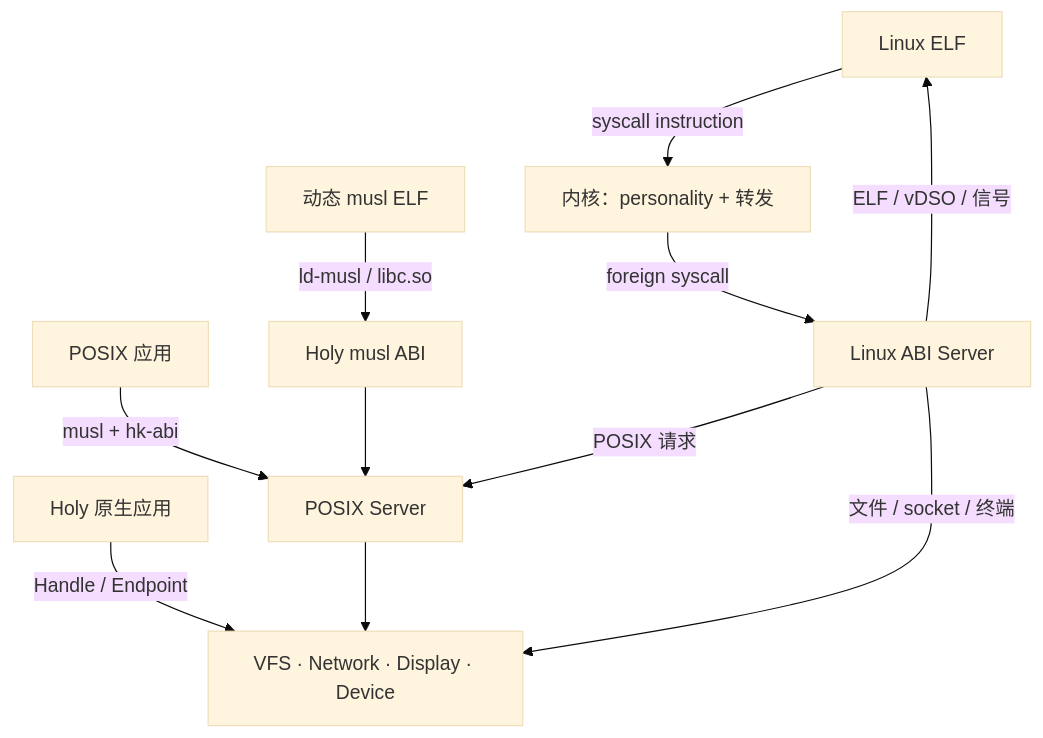
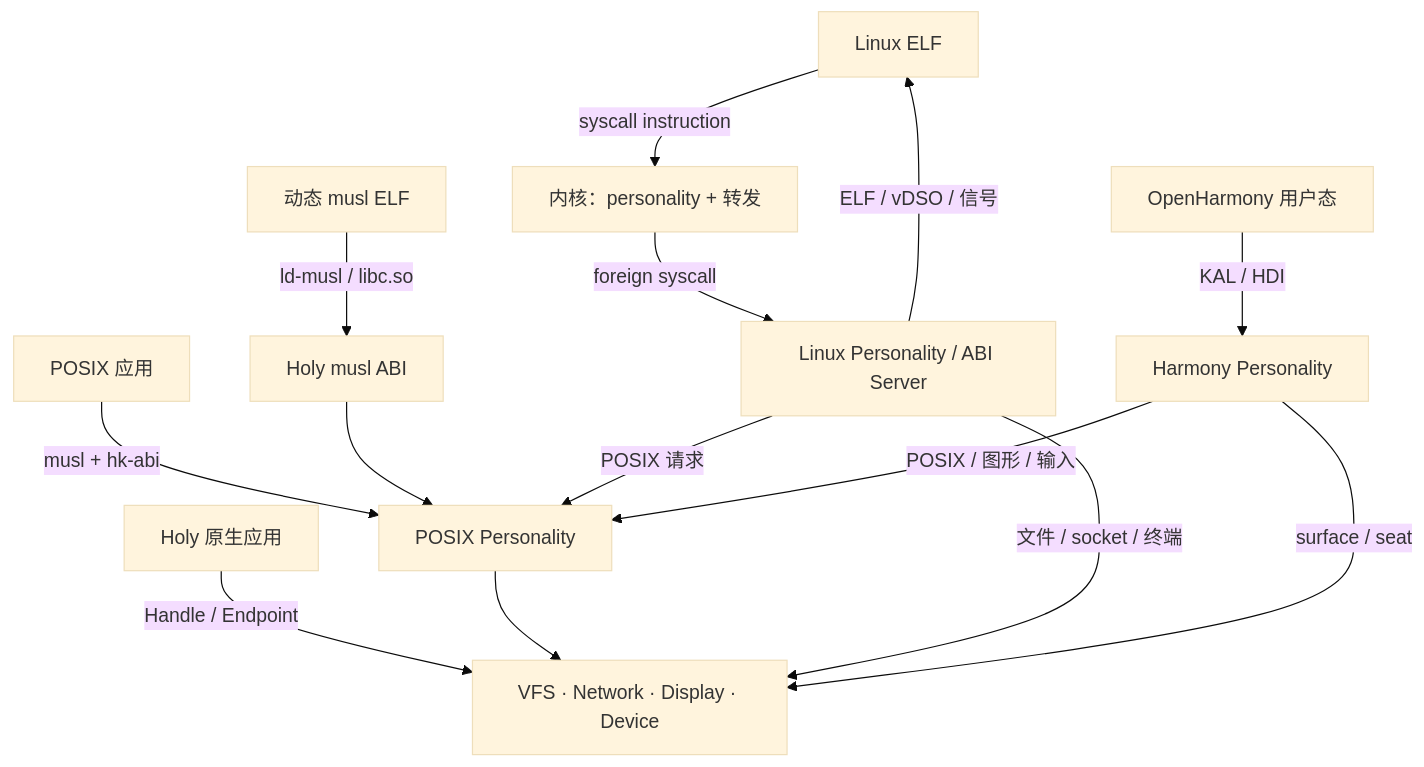
The diagram in docs/compat.md (hongweifei/HolyKernel), drawn with Mermaid (base theme) before and after one commit. The commit also changed other lines of this file and 6 other files, not shown here.

First line of the commit message:
docs: 增加 Compatibility Server 与 Linux/鸿蒙兼容

````diff
--- a/docs/compat.md
+++ b/docs/compat.md
@@ -44,12 +47,15 @@
 ```mermaid
 flowchart TB
     Native["Holy 原生应用"] -->|Handle / Endpoint| NativeSvc["VFS · Network · Display · Device"]
-    Posix["POSIX 应用"] -->|musl + hk-abi| POSIX["POSIX Server"]
+    Posix["POSIX 应用"] -->|musl + hk-abi| POSIX["POSIX Personality"]
     Dynamic["动态 musl ELF"] -->|ld-musl / libc.so| HolyMusl["Holy musl ABI"] --> POSIX
     Linux["Linux ELF"] -->|syscall instruction| Kernel["内核：personality + 转发"]
-    Kernel -->|foreign syscall| LinuxABI["Linux ABI Server"]
+    Kernel -->|foreign syscall| LinuxABI["Linux Personality / ABI Server"]
+    Harmony["OpenHarmony 用户态"] -->|KAL / HDI| HarmonyP["Harmony Personality"]
     LinuxABI -->|POSIX 请求| POSIX
+    HarmonyP -->|POSIX / 图形 / 输入| POSIX
     POSIX --> NativeSvc
     LinuxABI -->|文件 / socket / 终端| NativeSvc
     LinuxABI -->|ELF / vDSO / 信号| Linux
+    HarmonyP -->|surface / seat| NativeSvc
 ```
````
